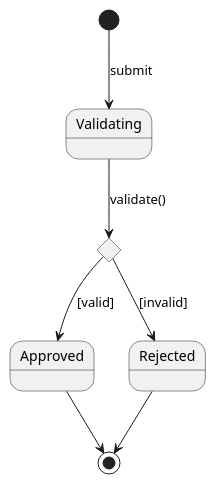
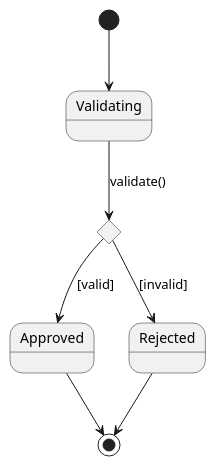
Before and after one commit to ArchesLab/ArchUML: diagram 22 of 49 in REFERENCE.md, drawn with PlantUML. The commit also changed other lines of this file and 1 other file, not shown here.

```diff
--- a/REFERENCE.md
+++ b/REFERENCE.md
@@ -1311,10 +1325,10 @@
 @startuml
-[*] --> Validating : submit
+[*] --> Validating
 
 state Check <<choice>>
 Validating --> Check : validate()
 Check --> Approved : [valid]
 Check --> Rejected : [invalid]
 Approved --> [*]
 Rejected --> [*]
 @enduml
```
